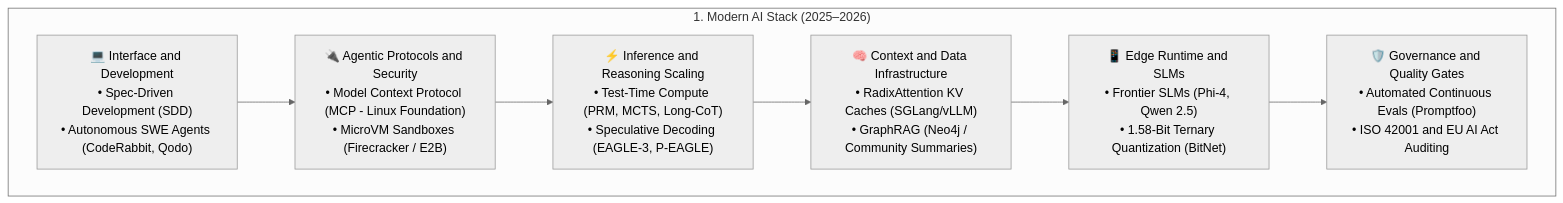
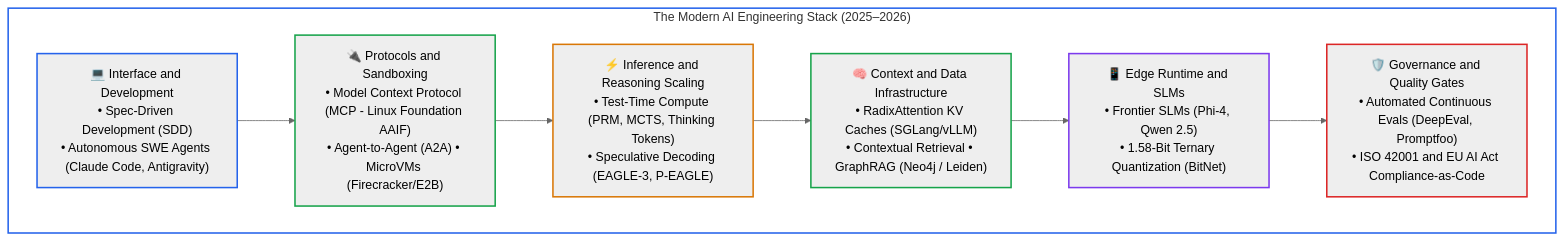
One commit to dip4k/senior-engineer-to-ai-engineer-roadmap changed the first of 3 diagrams in ai-technology-roadmap-2025-2026.md. Above: the diagram before and after it, drawn with Mermaid (neutral theme). The commit also changed other lines of this file and 49 other files, not shown here.

First line of the commit message:
feat(curriculum): complete 2026 refactoring across roadmaps, use-cases, labs, and agent-forge

````diff
--- a/ai-technology-roadmap-2025-2026.md
+++ b/ai-technology-roadmap-2025-2026.md
@@ -19,13 +19,21 @@
 ```mermaid
 flowchart TD
-    subgraph S1["1. Modern AI Stack (2025–2026)"]
-        A["💻 Interface and Development<br>• Spec-Driven Development (SDD)<br>• Autonomous SWE Agents (CodeRabbit, Qodo)"]
-        B["🔌 Agentic Protocols and Security<br>• Model Context Protocol (MCP - Linux Foundation)<br>• MicroVM Sandboxes (Firecracker / E2B)"]
-        C["⚡ Inference and Reasoning Scaling<br>• Test-Time Compute (PRM, MCTS, Long-CoT)<br>• Speculative Decoding (EAGLE-3, P-EAGLE)"]
-        D["🧠 Context and Data Infrastructure<br>• RadixAttention KV Caches (SGLang/vLLM)<br>• GraphRAG (Neo4j / Community Summaries)"]
+    subgraph ModernStack ["The Modern AI Engineering Stack (2025–2026)"]
+        A["💻 Interface and Development<br>• Spec-Driven Development (SDD)<br>• Autonomous SWE Agents (Claude Code, Antigravity)"]
+        B["🔌 Protocols and Sandboxing<br>• Model Context Protocol (MCP - Linux Foundation AAIF)<br>• Agent-to-Agent (A2A) • MicroVMs (Firecracker/E2B)"]
+        C["⚡ Inference and Reasoning Scaling<br>• Test-Time Compute (PRM, MCTS, Thinking Tokens)<br>• Speculative Decoding (EAGLE-3, P-EAGLE)"]
+        D["🧠 Context and Data Infrastructure<br>• RadixAttention KV Caches (SGLang/vLLM)<br>• Contextual Retrieval • GraphRAG (Neo4j / Leiden)"]
         E["📱 Edge Runtime and SLMs<br>• Frontier SLMs (Phi-4, Qwen 2.5)<br>• 1.58-Bit Ternary Quantization (BitNet)"]
-        F["🛡️ Governance and Quality Gates<br>• Automated Continuous Evals (Promptfoo)<br>• ISO 42001 and EU AI Act Auditing"]
+        F["🛡️ Governance and Quality Gates<br>• Automated Continuous Evals (DeepEval, Promptfoo)<br>• ISO 42001 and EU AI Act Compliance-as-Code"]
         
         A --> B --> C --> D --> E --> F
     end
+
+    style ModernStack fill:none,stroke:#2563eb,stroke-width:2px
+    style A stroke:#2563eb,stroke-width:2px
+    style B stroke:#16a34a,stroke-width:2px
+    style C stroke:#d97706,stroke-width:2px
+    style D stroke:#16a34a,stroke-width:2px
+    style E stroke:#7c3aed,stroke-width:2px
+    style F stroke:#dc2626,stroke-width:2px
 ```
````
